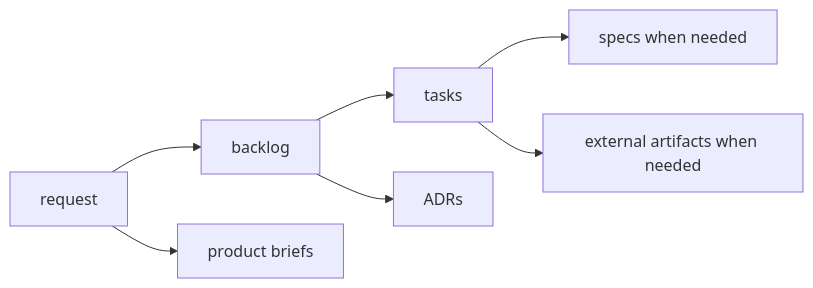
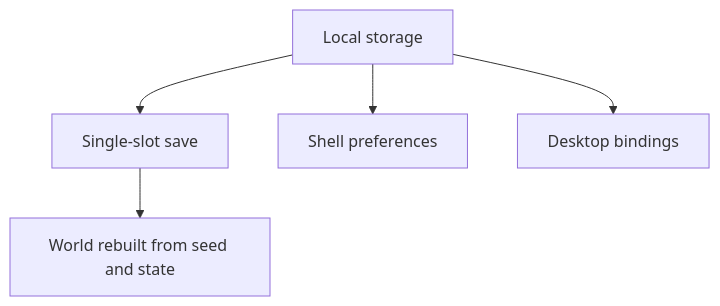
The ninth of 14 diagrams in README.md (AlexAgo83/emberwake), drawn with Mermaid before and after one commit. The commit also changed other lines of this file and 23 other files, not shown here.

````diff
--- a/README.md
+++ b/README.md
@@ -153,9 +200,8 @@
 ```mermaid
-flowchart LR
-    Req[request] --> Backlog[backlog]
-    Backlog --> Task[tasks]
-    Task --> Spec[specs when needed]
-    Req --> Product[product briefs]
-    Backlog --> Architecture[ADRs]
-    Task --> External[external artifacts when needed]
+flowchart TD
+    Local[Local storage]
+    Local --> Save[Single-slot save]
+    Local --> Prefs[Shell preferences]
+    Local --> Bindings[Desktop bindings]
+    Save --> Rebuild[World rebuilt from seed and state]
 ```
````
